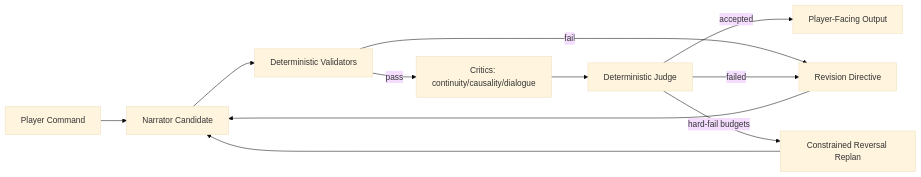
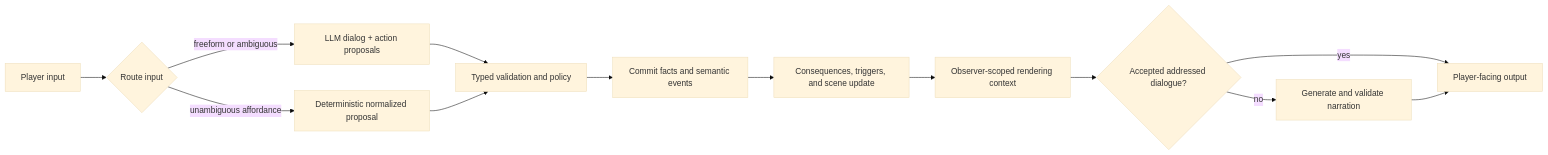
Before and after one commit to bcorfman/freytag-forge: the diagram in docs/PRD.md, drawn with Mermaid (base theme). The commit also changed other lines of this file and 1 other file, not shown here.

````diff
--- a/docs/PRD.md
+++ b/docs/PRD.md
@@ -198,13 +191,15 @@
 ```mermaid
 flowchart LR
-    C[Player Command] --> N[Narrator Candidate]
-    N --> V[Deterministic Validators]
-    V -->|pass| R[Critics: continuity/causality/dialogue]
-    V -->|fail| D[Revision Directive]
-    R --> J[Deterministic Judge]
-    J -->|accepted| O[Player-Facing Output]
-    J -->|failed| D
-    D --> N
-    J -->|hard-fail budgets| X[Constrained Reversal Replan]
-    X --> N
+    I[Player input] --> R{Route input}
+    R -->|freeform or ambiguous| L[LLM dialog + action proposals]
+    R -->|unambiguous affordance| A[Deterministic normalized proposal]
+    L --> V[Typed validation and policy]
+    A --> V
+    V --> C[Commit facts and semantic events]
+    C --> T[Consequences, triggers, and scene update]
+    T --> X[Observer-scoped rendering context]
+    X --> D{Accepted addressed dialogue?}
+    D -->|yes| O[Render committed NPC dialogue]
+    D -->|no| N[Generate and validate narration]
+    N --> O[Player-facing output]
 ```
````
